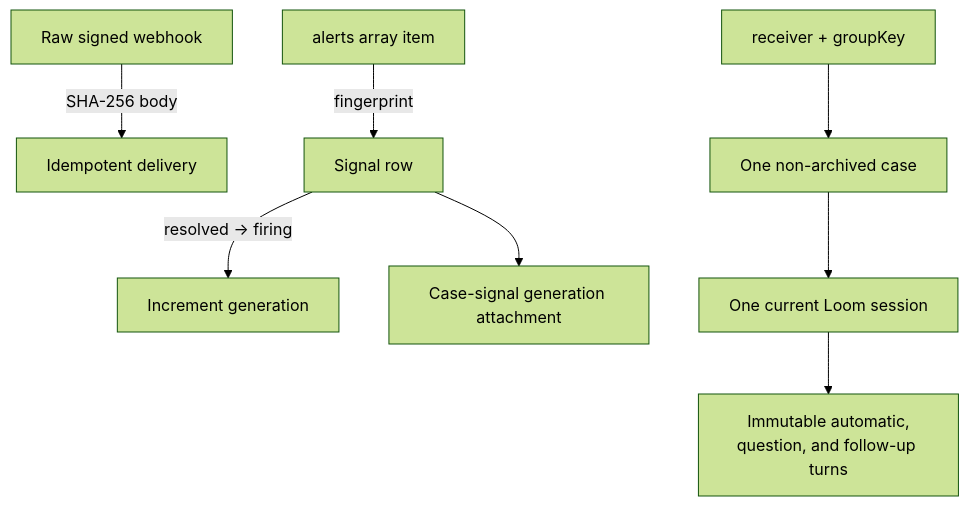
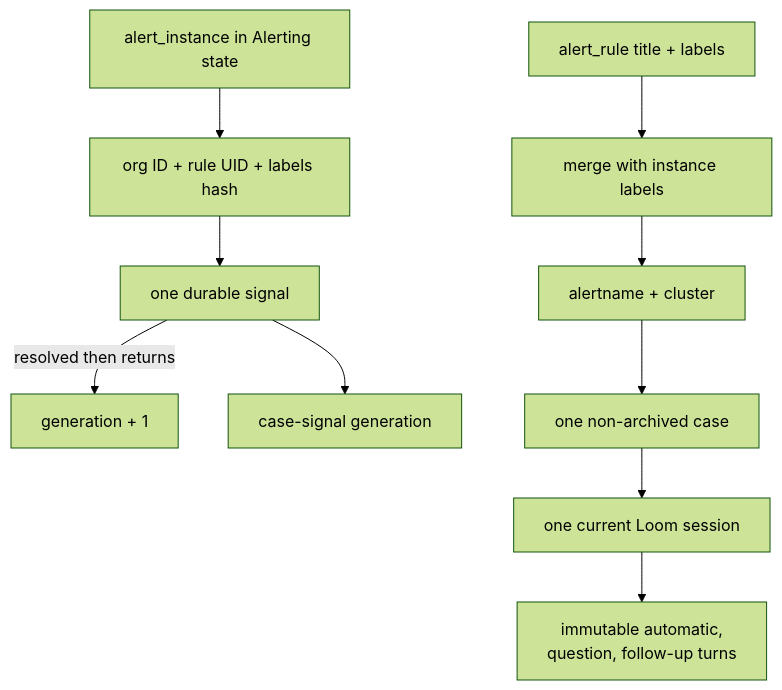
One commit to marin-community/marin changed the second of 4 diagrams in .agents/projects/ops_workflow/design.md. Above: the diagram before and after it, drawn with Mermaid (forest theme). The commit also changed other lines of this file and 39 other files, not shown here.

````diff
--- a/.agents/projects/ops_workflow/design.md
+++ b/.agents/projects/ops_workflow/design.md
@@ -50,10 +45,12 @@
 ```mermaid
 flowchart TD
-    Delivery[Raw signed webhook] -->|SHA-256 body| DeliveryKey[Idempotent delivery]
-    Alert[alerts array item] -->|fingerprint| Signal[Signal row]
-    Signal -->|resolved → firing| Generation[Increment generation]
-    Group[receiver + groupKey] --> Case[One non-archived case]
-    Signal --> Attachment[Case-signal generation attachment]
-    Case --> Session[One current Loom session]
-    Session --> Turns[Immutable automatic,<br/>question, and follow-up turns]
+    Row[alert_instance in Alerting state] --> ID[org ID + rule UID + labels hash]
+    ID --> Signal[one durable signal]
+    Signal -->|resolved then returns| Generation[generation + 1]
+    Rule[alert_rule title + labels] --> Merge[merge with instance labels]
+    Merge --> Group[alertname + cluster]
+    Group --> Case[one non-archived case]
+    Signal --> Attachment[case-signal generation]
+    Case --> Session[one current Loom session]
+    Session --> Turns[immutable automatic,<br/>question, follow-up turns]
 ```
````
